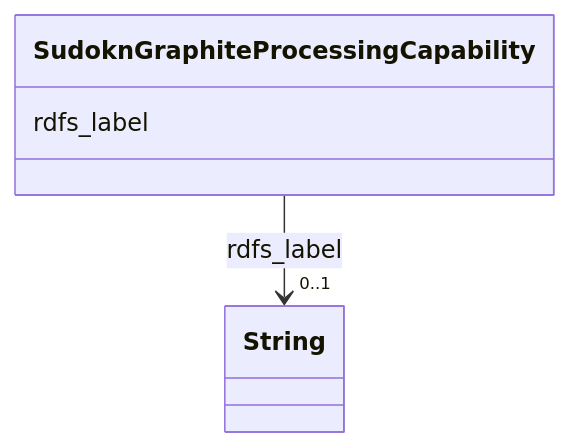
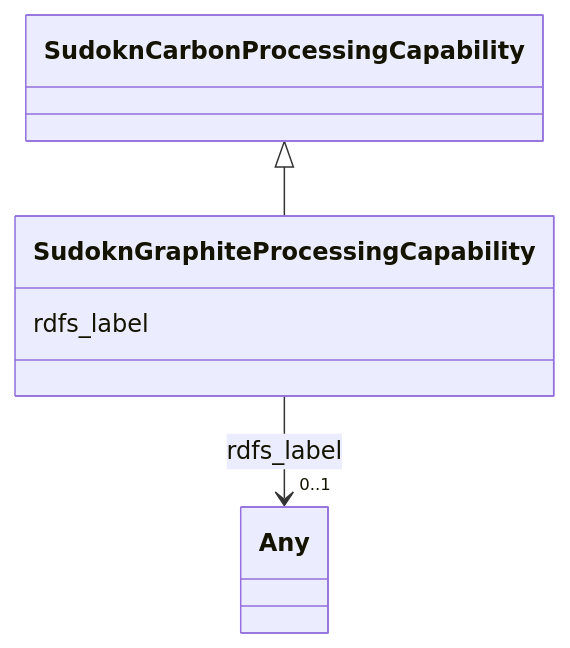
One commit to frink-okn/graph-descriptions changed the diagram in sudokn-kg/classes/SudoknGraphiteProcessingCapability.md. Above: the diagram before and after it, drawn with Mermaid. The commit also changed other lines of this file and 903 other files, not shown here.

````diff
--- a/sudokn-kg/classes/SudoknGraphiteProcessingCapability.md
+++ b/sudokn-kg/classes/SudoknGraphiteProcessingCapability.md
@@ -23,15 +18,18 @@
 ```mermaid
  classDiagram
     class SudoknGraphiteProcessingCapability
     click SudoknGraphiteProcessingCapability href "../SudoknGraphiteProcessingCapability"
+      SudoknCarbonProcessingCapability <|-- SudoknGraphiteProcessingCapability
+        click SudoknCarbonProcessingCapability href "../SudoknCarbonProcessingCapability"
+      
       SudoknGraphiteProcessingCapability : rdfs_label
         
           
     
     
-    SudoknGraphiteProcessingCapability --> "0..1" String : rdfs_label
-    click String href "../String"
+    SudoknGraphiteProcessingCapability --> "0..1" Any : rdfs_label
+    click Any href "../Any"
 
         
       
 ```
````
